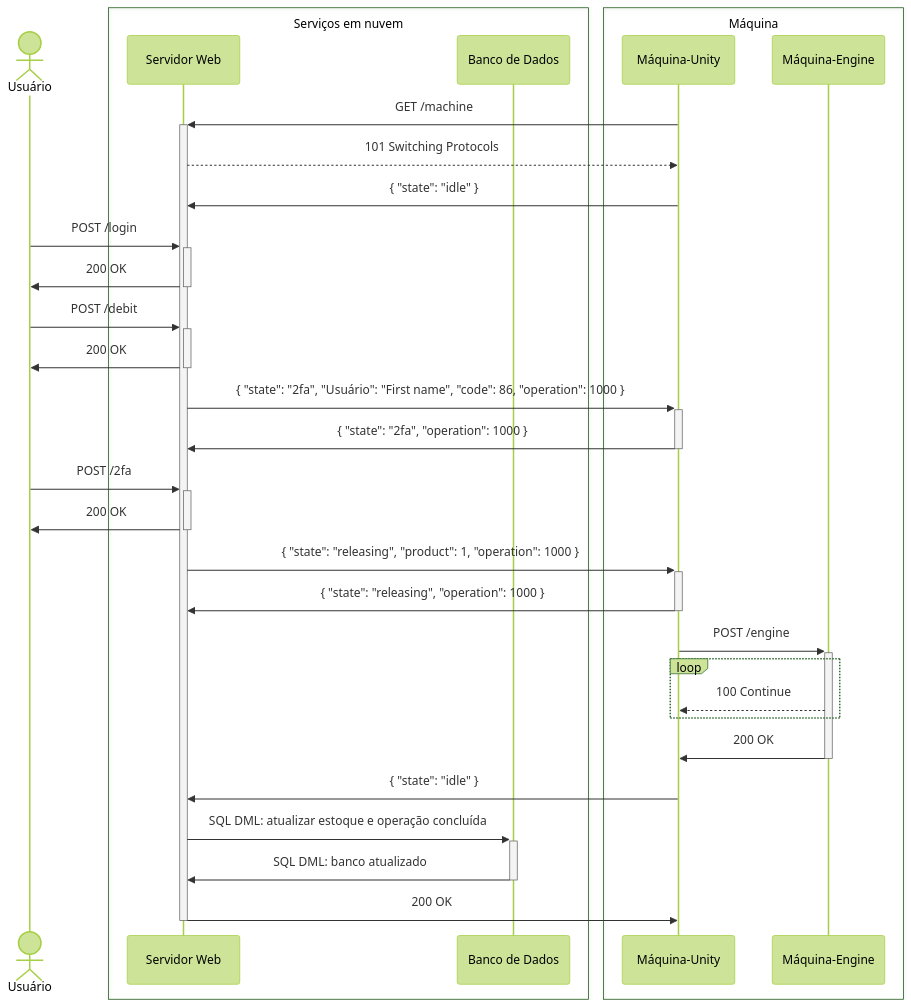
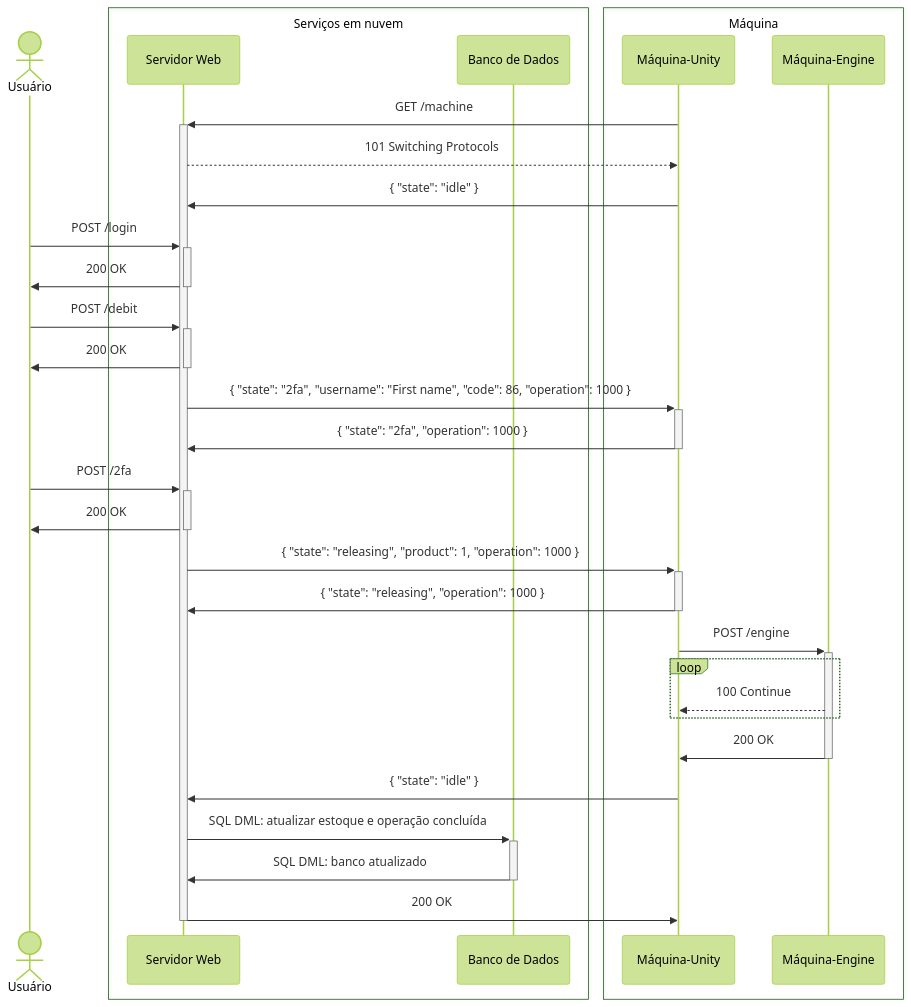
One commit to feira-de-jogos/feira-de-jogos changed the eighth of 8 diagrams in v2/README.md. Above: the diagram before and after it, drawn with Mermaid (forest theme).

Commit message:
Corrigir termo

````diff
--- a/v2/README.md
+++ b/v2/README.md
@@ -214,44 +214,44 @@
 ```mermaid
 sequenceDiagram
   actor Usuário
   box Serviços em nuvem
     participant Servidor Web
     participant Banco de Dados
   end
   box Máquina
     participant Máquina-Unity
     participant Máquina-Engine
   end
 
   Máquina-Unity ->>+ Servidor Web: GET /machine
   Servidor Web -->> Máquina-Unity: 101 Switching Protocols
   Máquina-Unity ->> Servidor Web: { "state": "idle" }
 
   Usuário ->>+ Servidor Web: POST /login
   Servidor Web ->>- Usuário: 200 OK
   
   Usuário ->>+ Servidor Web: POST /debit
   Servidor Web ->>- Usuário: 200 OK
 
-  Servidor Web  ->>+ Máquina-Unity: { "state": "2fa", "Usuário": "First name", "code": 86, "operation": 1000 }
+  Servidor Web  ->>+ Máquina-Unity: { "state": "2fa", "username": "First name", "code": 86, "operation": 1000 }
   Máquina-Unity ->>- Servidor Web: { "state": "2fa", "operation": 1000 }
 
   Usuário ->>+ Servidor Web: POST /2fa
   Servidor Web ->>- Usuário: 200 OK
 
   Servidor Web ->>+ Máquina-Unity : { "state": "releasing", "product": 1, "operation": 1000 }
   Máquina-Unity ->>- Servidor Web: { "state": "releasing", "operation": 1000 }
 
   Máquina-Unity ->>+ Máquina-Engine: POST /engine
   loop
     Máquina-Engine -->> Máquina-Unity: 100 Continue
   end
   Máquina-Engine ->>- Máquina-Unity: 200 OK
 
   Máquina-Unity ->> Servidor Web: { "state": "idle" }
 
   Servidor Web ->>+ Banco de Dados: SQL DML: atualizar estoque e operação concluída
   Banco de Dados ->>- Servidor Web: SQL DML: banco atualizado
 
   Servidor Web ->>- Máquina-Unity: 200 OK
 ```
````
